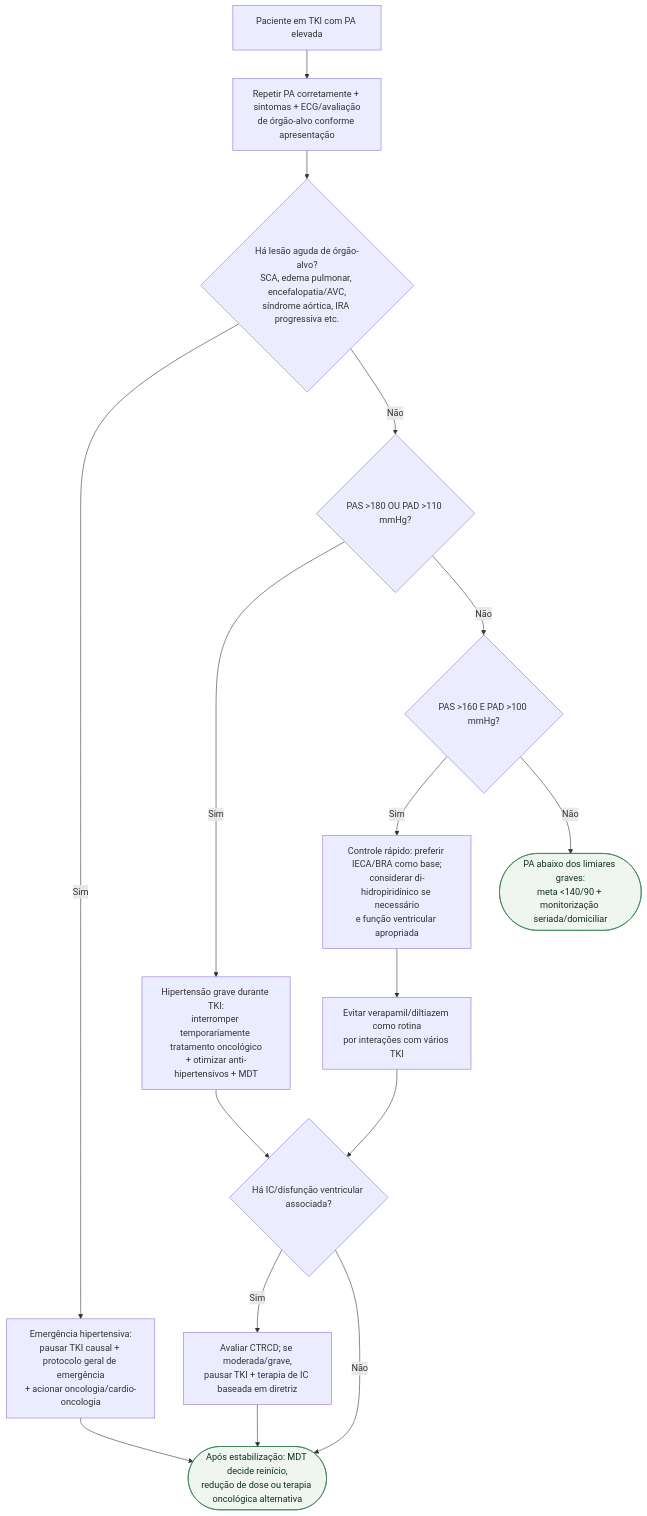
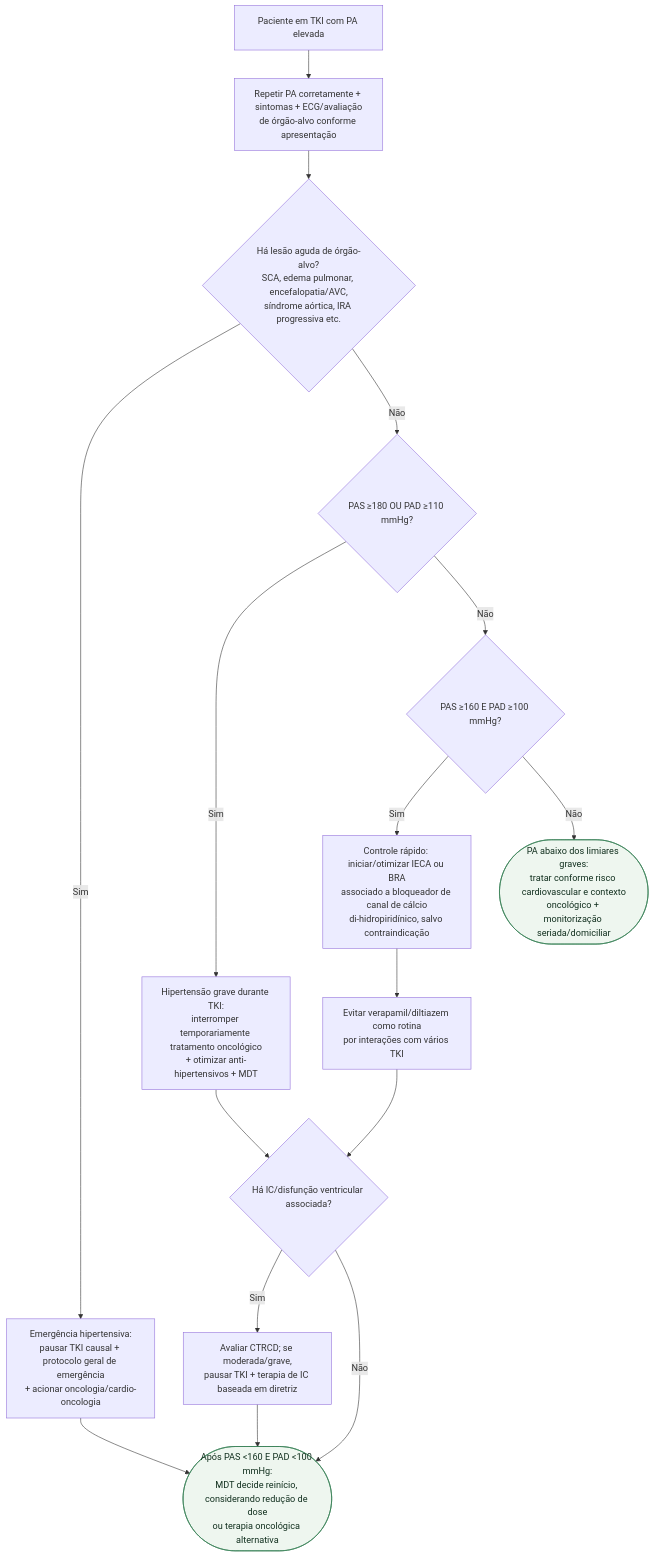
The diagram in content/Cardio-oncologia/fluxograma-hipertensao-grave-e-crise-hipertensiva-induzida-por-tki.md (rafaelpaesmeirelles/MeuCardio), drawn with Mermaid before and after one commit. The commit also changed other lines of this file and 26 other files, not shown here.

````diff
--- a/content/Cardio-oncologia/fluxograma-hipertensao-grave-e-crise-hipertensiva-induzida-por-tki.md
+++ b/content/Cardio-oncologia/fluxograma-hipertensao-grave-e-crise-hipertensiva-induzida-por-tki.md
@@ -13,35 +14,35 @@
 ```mermaid
 flowchart TD
   R0["Paciente em TKI com PA elevada"]
   P1["Repetir PA corretamente + sintomas + ECG/avaliação<br/>de órgão-alvo conforme apresentação"]
   D1{"Há lesão aguda de órgão-alvo?<br/>SCA, edema pulmonar, encefalopatia/AVC,<br/>síndrome aórtica, IRA progressiva etc."}
   P2["Emergência hipertensiva:<br/>pausar TKI causal + protocolo geral de emergência<br/>+ acionar oncologia/cardio-oncologia"]
-  D2{"PAS >180 OU PAD >110 mmHg?"}
+  D2{"PAS ≥180 OU PAD ≥110 mmHg?"}
   P3["Hipertensão grave durante TKI:<br/>interromper temporariamente tratamento oncológico<br/>+ otimizar anti-hipertensivos + MDT"]
-  D3{"PAS >160 E PAD >100 mmHg?"}
-  P4["Controle rápido: preferir IECA/BRA como base;<br/>considerar di-hidropiridínico se necessário<br/>e função ventricular apropriada"]
+  D3{"PAS ≥160 E PAD ≥100 mmHg?"}
+  P4["Controle rápido: iniciar/otimizar IECA ou BRA<br/>associado a bloqueador de canal de cálcio<br/>di-hidropiridínico, salvo contraindicação"]
   P5["Evitar verapamil/diltiazem como rotina<br/>por interações com vários TKI"]
   D4{"Há IC/disfunção ventricular associada?"}
   P6["Avaliar CTRCD; se moderada/grave,<br/>pausar TKI + terapia de IC baseada em diretriz"]
-  C1(["PA abaixo dos limiares graves:<br/>meta <140/90 + monitorização seriada/domiciliar"])
-  C2(["Após estabilização: MDT decide reinício,<br/>redução de dose ou terapia oncológica alternativa"])
+  C1(["PA abaixo dos limiares graves:<br/>tratar conforme risco cardiovascular e contexto<br/>oncológico + monitorização seriada/domiciliar"])
+  C2(["Após PAS <160 E PAD <100 mmHg:<br/>MDT decide reinício, considerando redução de dose<br/>ou terapia oncológica alternativa"])
 
   R0 --> P1
   P1 --> D1
   D1 -->|"Sim"| P2
   D1 -->|"Não"| D2
   P2 --> C2
   D2 -->|"Sim"| P3
   D2 -->|"Não"| D3
   P3 --> D4
   D3 -->|"Sim"| P4
   D3 -->|"Não"| C1
   P4 --> P5
   P5 --> D4
   D4 -->|"Sim"| P6
   D4 -->|"Não"| C2
   P6 --> C2
 
   classDef conduta fill:#eef6ef,stroke:#2f7a4f,color:#12301f;
   class C1,C2 conduta;
 ```
````
